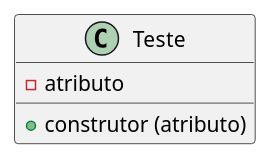
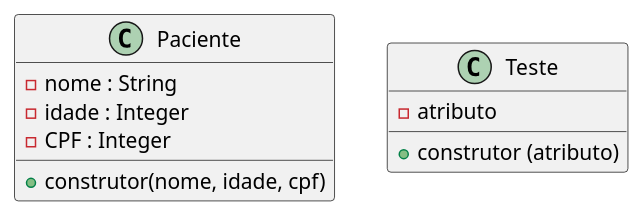
Before and after one commit to anleaes/2022-1-N2-POO-03: the diagram in diagrama.plantuml, drawn with PlantUML.

Commit message:
criado classe Paciente com os atributos (nome, idade, cpf) e criado o "construtor(nome,idade,cpf)"

```diff
--- a/diagrama.plantuml
+++ b/diagrama.plantuml
@@ -1,7 +1,14 @@
 @startuml Gerenciamento de Exames Medicos
+
+    class Paciente{
+        - nome : String
+        - idade : Integer
+        - CPF : Integer
+        + construtor(nome, idade, cpf)
+    }
     class Teste{
         - atributo
         + construtor (atributo)
     }
 
 @enduml
```
